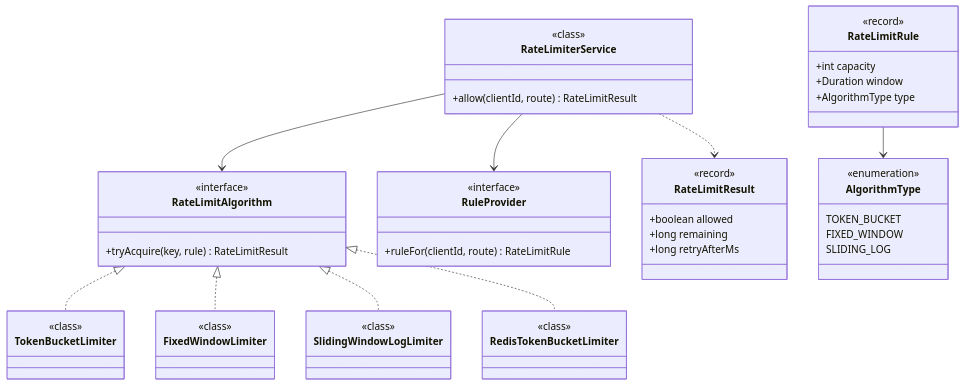
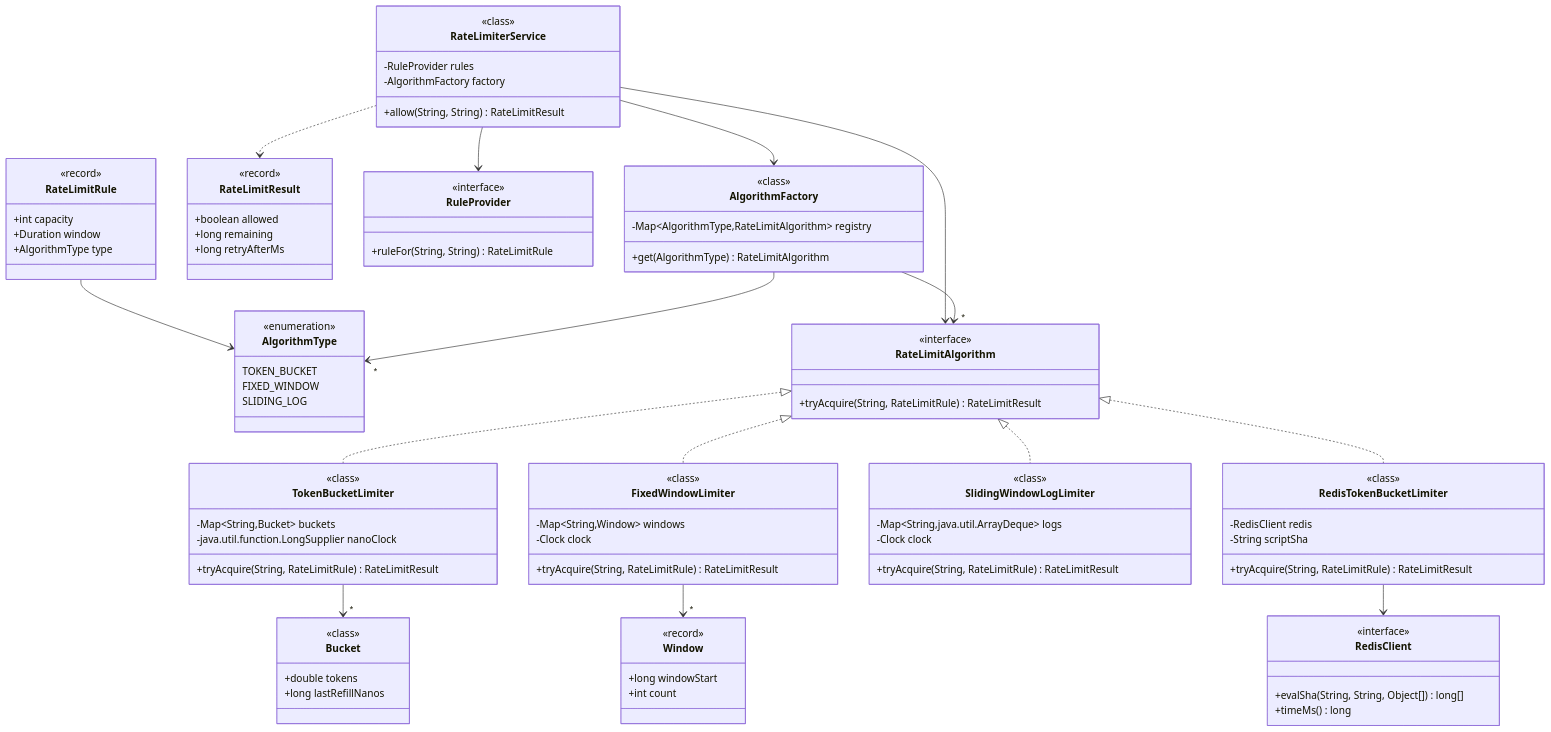
The first of 3 diagrams in system-design/lld/01-rate-limiter.md (amarkum/amarkumar.guru), drawn with Mermaid before and after one commit. The commit also changed 27 other files, not shown here.

Commit message:
Rebuild every UML class diagram from its Java code, add a notes progress tracker, and make diagrams readable with zoom and a legend.

````diff
--- a/system-design/lld/01-rate-limiter.md
+++ b/system-design/lld/01-rate-limiter.md
@@ -39,20 +39,10 @@
 ```mermaid
 classDiagram
-    class RateLimitAlgorithm {
-      <<interface>>
-      +tryAcquire(key, rule) RateLimitResult
-    }
-    class TokenBucketLimiter {
-      <<class>>
-    }
-    class FixedWindowLimiter {
-      <<class>>
-    }
-    class SlidingWindowLogLimiter {
-      <<class>>
-    }
-    class RedisTokenBucketLimiter {
-      <<class>>
+    class AlgorithmType {
+      <<enumeration>>
+      TOKEN_BUCKET
+      FIXED_WINDOW
+      SLIDING_LOG
     }
     class RateLimitRule {
       <<record>>
@@ -60,19 +50,69 @@
       +Duration window
       +AlgorithmType type
     }
-    class RuleProvider {
-      <<interface>>
-      +ruleFor(clientId, route) RateLimitRule
-    }
-    class RateLimiterService {
-      <<class>>
-      +allow(clientId, route) RateLimitResult
-    }
     class RateLimitResult {
       <<record>>
       +boolean allowed
       +long remaining
       +long retryAfterMs
+    }
+    class RateLimitAlgorithm {
+      <<interface>>
+      +tryAcquire(String, RateLimitRule) RateLimitResult
+    }
+    class RuleProvider {
+      <<interface>>
+      +ruleFor(String, String) RateLimitRule
+    }
+    class TokenBucketLimiter {
+      <<class>>
+      -Map~String,Bucket~ buckets
+      -java.util.function.LongSupplier nanoClock
+      +tryAcquire(String, RateLimitRule) RateLimitResult
+    }
+    class Bucket {
+      <<class>>
+      +double tokens
+      +long lastRefillNanos
+    }
+    class FixedWindowLimiter {
+      <<class>>
+      -Map~String,Window~ windows
+      -Clock clock
+      +tryAcquire(String, RateLimitRule) RateLimitResult
+    }
+    class Window {
+      <<record>>
+      +long windowStart
+      +int count
+    }
+    class SlidingWindowLogLimiter {
+      <<class>>
+      -Map~String,java.util.ArrayDeque~ logs
+      -Clock clock
+      +tryAcquire(String, RateLimitRule) RateLimitResult
+    }
+    class AlgorithmFactory {
+      <<class>>
+      -Map~AlgorithmType,RateLimitAlgorithm~ registry
+      +get(AlgorithmType) RateLimitAlgorithm
+    }
+    class RateLimiterService {
+      <<class>>
+      -RuleProvider rules
+      -AlgorithmFactory factory
+      +allow(String, String) RateLimitResult
+    }
+    class RedisTokenBucketLimiter {
+      <<class>>
+      -RedisClient redis
+      -String scriptSha
+      +tryAcquire(String, RateLimitRule) RateLimitResult
+    }
+    class RedisClient {
+      <<interface>>
+      +evalSha(String, String, Object[]) long[]
+      +timeMs() long
     }
     RateLimitAlgorithm <|.. TokenBucketLimiter
     RateLimitAlgorithm <|.. FixedWindowLimiter
@@ -81,11 +121,11 @@
     RateLimiterService --> RuleProvider
     RateLimiterService --> RateLimitAlgorithm
     RateLimiterService ..> RateLimitResult
-    class AlgorithmType {
-      <<enumeration>>
-      TOKEN_BUCKET
-      FIXED_WINDOW
-      SLIDING_LOG
-    }
     RateLimitRule --> AlgorithmType
+    TokenBucketLimiter --> "*" Bucket
+    FixedWindowLimiter --> "*" Window
+    AlgorithmFactory --> "*" AlgorithmType
+    AlgorithmFactory --> "*" RateLimitAlgorithm
+    RateLimiterService --> AlgorithmFactory
+    RedisTokenBucketLimiter --> RedisClient
 ```
````
